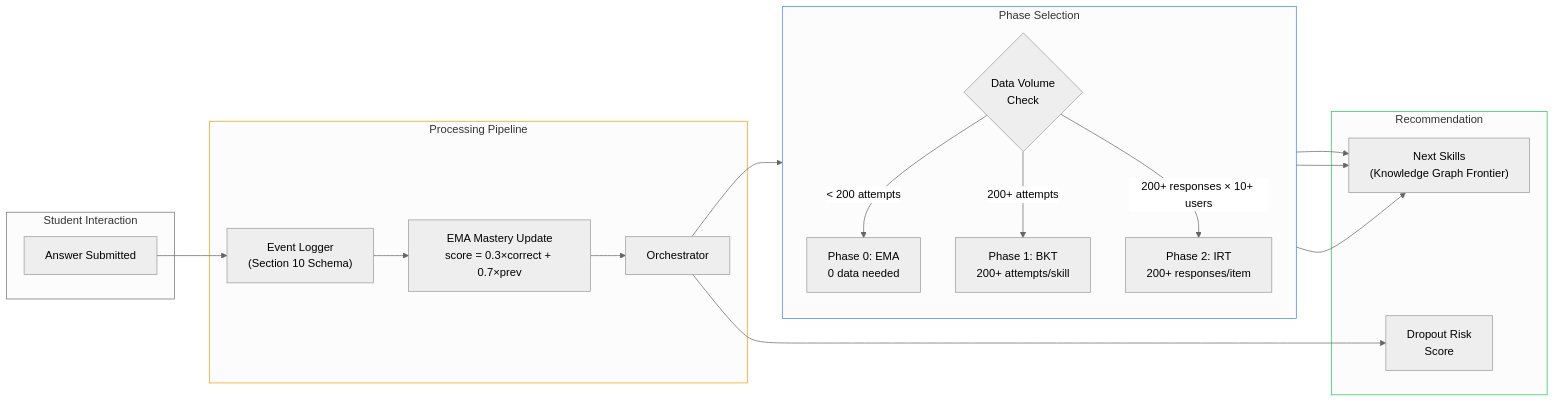
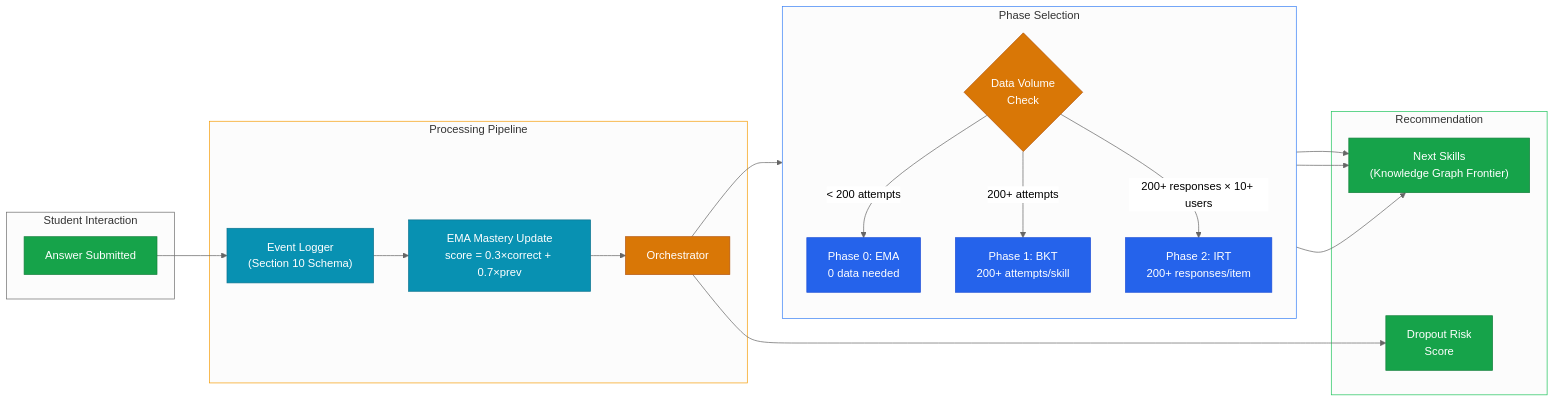
One commit to adarsh-67r/Anvesh changed the second of 3 diagrams in README.md. Above: the diagram before and after it, drawn with Mermaid (neutral theme). The commit also changed other lines of this file and 1 other file, not shown here.

Commit message:
Add theme-safe colour to README architecture and pipeline diagrams

````diff
--- a/README.md
+++ b/README.md
@@ -124,38 +139,52 @@
 ```mermaid
 flowchart LR
     subgraph Input["Student Interaction"]
         ANS["Answer Submitted"]
     end
 
     subgraph Pipeline["Processing Pipeline"]
         LOG["Event Logger<br/>(Section 10 Schema)"]
         UPD["EMA Mastery Update<br/>score = 0.3×correct + 0.7×prev"]
         ORC["Orchestrator"]
     end
 
     subgraph Phases["Phase Selection"]
         direction TB
         CHECK{"Data Volume<br/>Check"}
         P0["Phase 0: EMA<br/>0 data needed"]
         P1["Phase 1: BKT<br/>200+ attempts/skill"]
         P2["Phase 2: IRT<br/>200+ responses/item"]
     end
 
     subgraph Output["Recommendation"]
         REC["Next Skills<br/>(Knowledge Graph Frontier)"]
         RISK["Dropout Risk<br/>Score"]
     end
 
     ANS --> LOG --> UPD --> ORC --> CHECK
     CHECK -->|"< 200 attempts"| P0
     CHECK -->|"200+ attempts"| P1
     CHECK -->|"200+ responses × 10+ users"| P2
     P0 --> REC
     P1 --> REC
     P2 --> REC
     ORC --> RISK
 
     style Pipeline stroke:#f59e0b
     style Phases stroke:#3b82f6
     style Output stroke:#22c55e
+
+    classDef app fill:#16a34a,stroke:#15803d,color:#fff
+    classDef api fill:#0f766e,stroke:#115e59,color:#fff
+    classDef svc fill:#0891b2,stroke:#0e7490,color:#fff
+    classDef rec fill:#2563eb,stroke:#1d4ed8,color:#fff
+    classDef orch fill:#d97706,stroke:#b45309,color:#fff
+    classDef ext fill:#7c3aed,stroke:#6d28d9,color:#fff
+    classDef future fill:#6b7280,stroke:#9ca3af,stroke-dasharray: 5 5,color:#fff
+    classDef out fill:#16a34a,stroke:#15803d,color:#fff
+    class ANS app
+    class LOG,UPD svc
+    class ORC,CHECK orch
+    class P0,P1,P2 rec
+    class REC,RISK out
 ```
````
